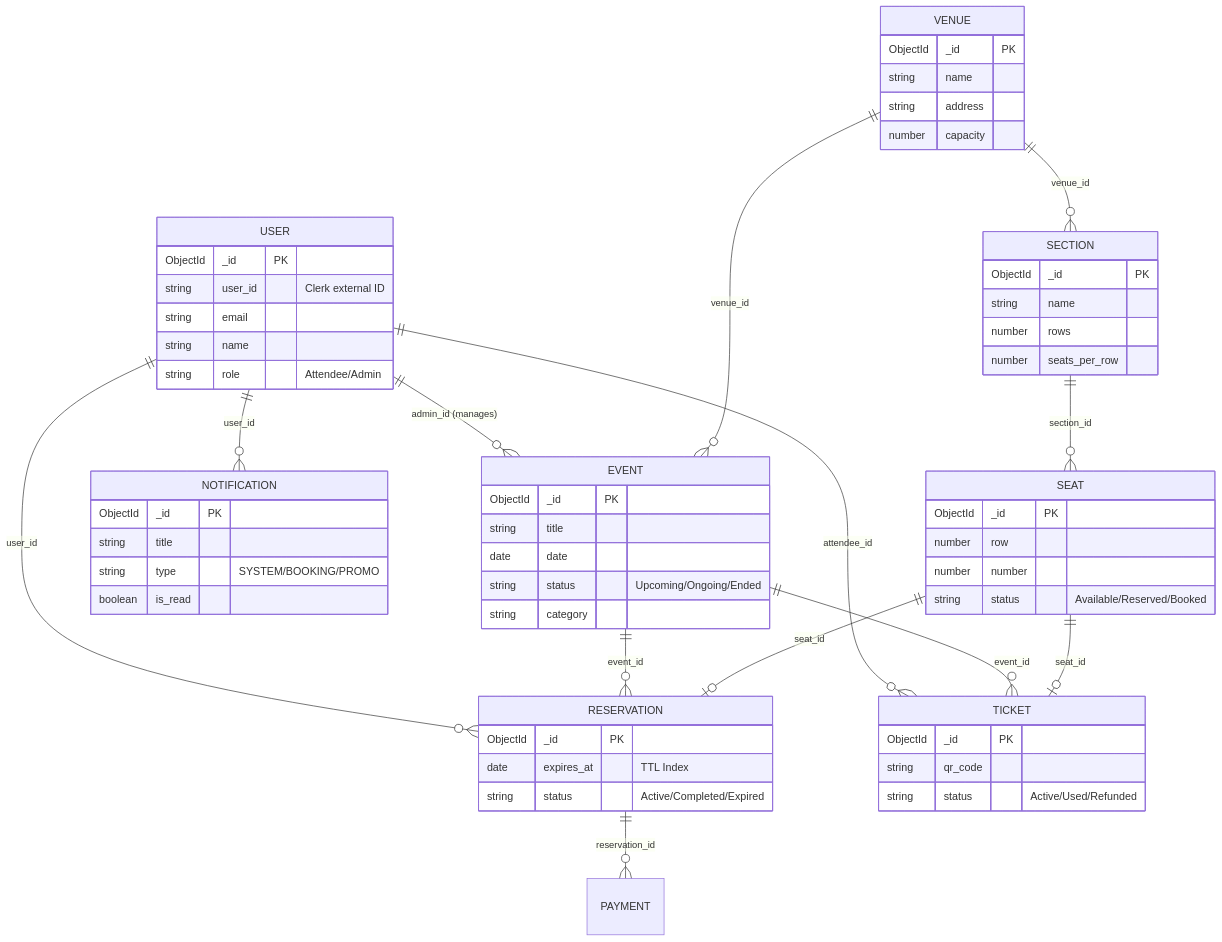
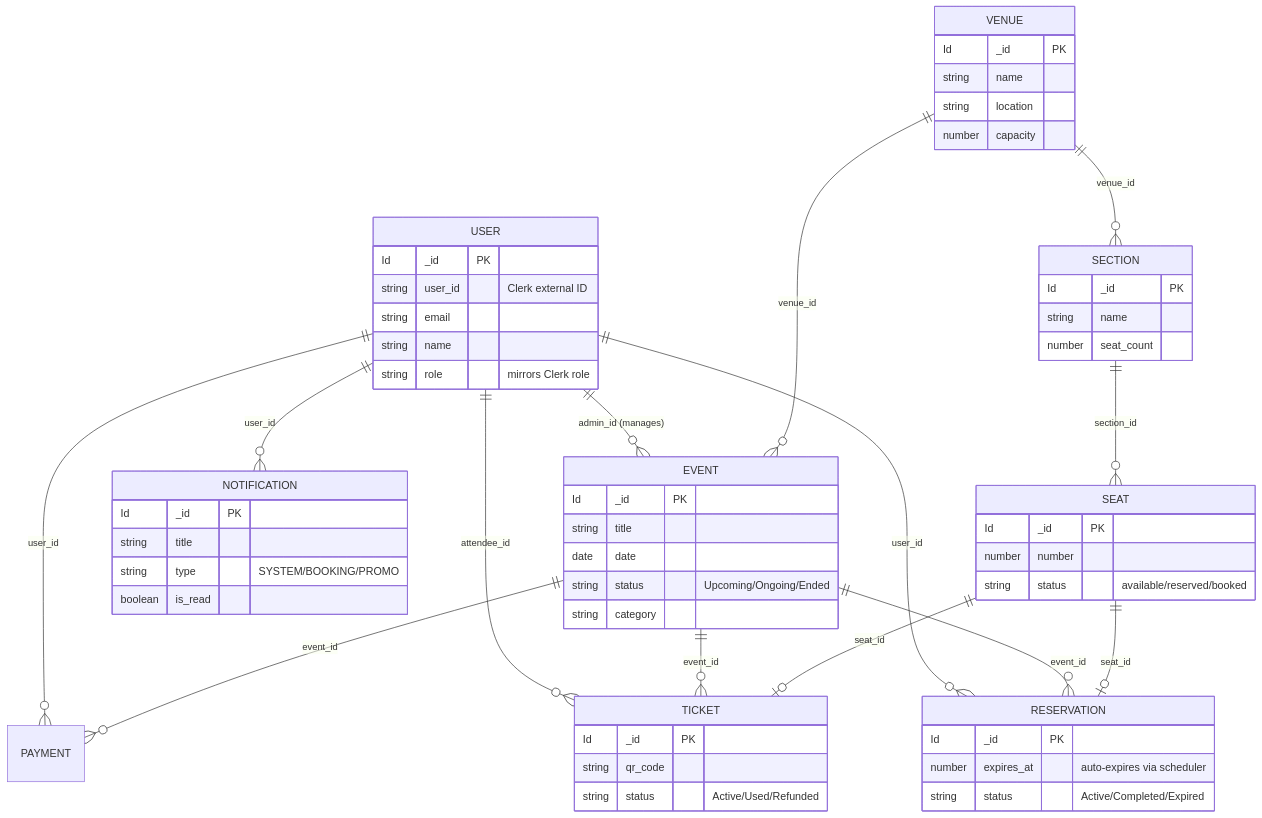
One commit to sidicksino/SinoTicket changed the second of 3 diagrams in ARCHITECTURE.md. Above: the diagram before and after it, drawn with Mermaid. The commit also changed other lines of this file and 59 other files, not shown here.

````diff
--- a/ARCHITECTURE.md
+++ b/ARCHITECTURE.md
@@ -384,64 +390,63 @@
 ```mermaid
 erDiagram
     USER ||--o{ EVENT : "admin_id (manages)"
     USER ||--o{ RESERVATION : "user_id"
     USER ||--o{ TICKET : "attendee_id"
     USER ||--o{ NOTIFICATION : "user_id"
     VENUE ||--o{ EVENT : "venue_id"
     VENUE ||--o{ SECTION : "venue_id"
     SECTION ||--o{ SEAT : "section_id"
     EVENT ||--o{ TICKET : "event_id"
     EVENT ||--o{ RESERVATION : "event_id"
     SEAT ||--o| RESERVATION : "seat_id"
     SEAT ||--o| TICKET : "seat_id"
-    RESERVATION ||--o{ PAYMENT : "reservation_id"
+    USER ||--o{ PAYMENT : "user_id"
+    EVENT ||--o{ PAYMENT : "event_id"
 
     USER {
-        ObjectId _id PK
+        Id _id PK
         string user_id "Clerk external ID"
         string email
         string name
-        string role "Attendee/Admin"
+        string role "mirrors Clerk role"
     }
     NOTIFICATION {
-        ObjectId _id PK
+        Id _id PK
         string title
         string type "SYSTEM/BOOKING/PROMO"
         boolean is_read
     }
     EVENT {
-        ObjectId _id PK
+        Id _id PK
         string title
         date date
         string status "Upcoming/Ongoing/Ended"
         string category
     }
     VENUE {
-        ObjectId _id PK
+        Id _id PK
         string name
-        string address
+        string location
         number capacity
     }
     SECTION {
-        ObjectId _id PK
+        Id _id PK
         string name
-        number rows
-        number seats_per_row
+        number seat_count
     }
     SEAT {
-        ObjectId _id PK
-        number row
+        Id _id PK
         number number
-        string status "Available/Reserved/Booked"
+        string status "available/reserved/booked"
     }
     RESERVATION {
-        ObjectId _id PK
-        date expires_at "TTL Index"
+        Id _id PK
+        number expires_at "auto-expires via scheduler"
         string status "Active/Completed/Expired"
     }
     TICKET {
-        ObjectId _id PK
+        Id _id PK
         string qr_code
         string status "Active/Used/Refunded"
     }
 ```
````
